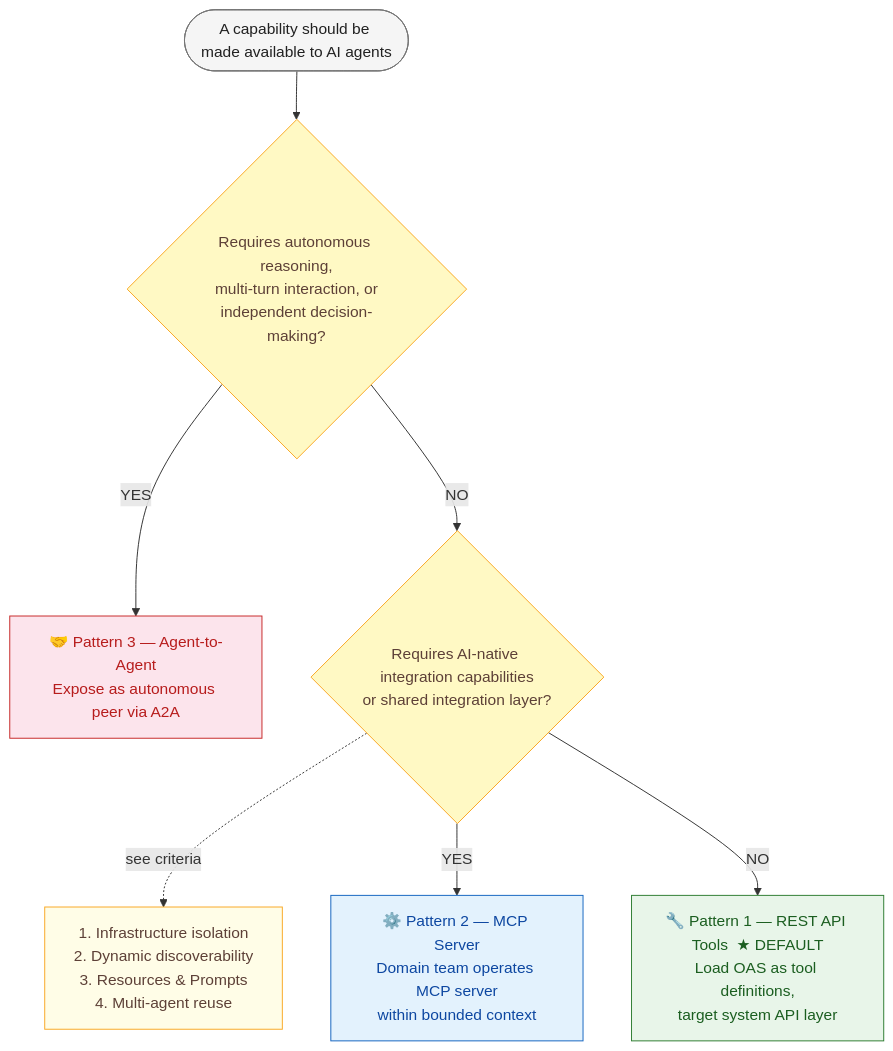
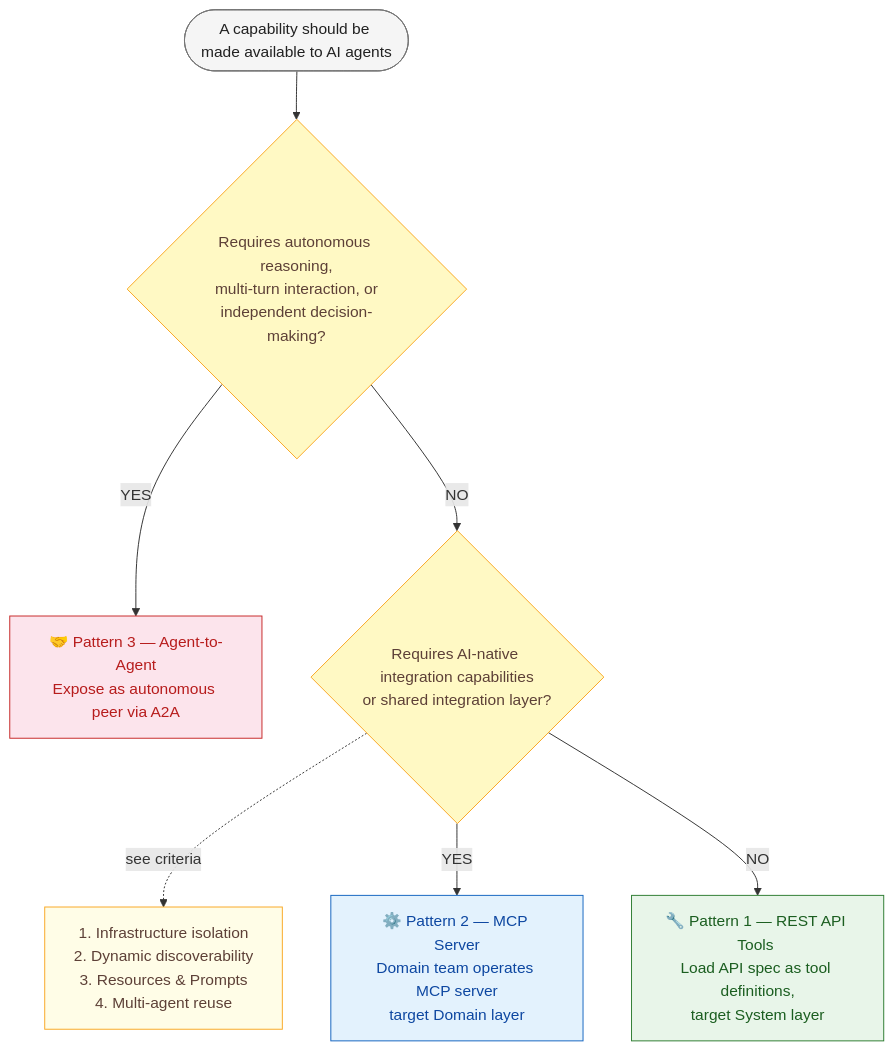
The first of 2 diagrams in agentic_integration_decision_framework.md (davbol/mcp-tests), drawn with Mermaid before and after one commit. The commit also changed other lines of this file, not shown here.

````diff
--- a/agentic_integration_decision_framework.md
+++ b/agentic_integration_decision_framework.md
@@ -211,29 +209,29 @@
 ```mermaid
 flowchart TD
     START(["A capability should be made available to AI agents"]) --> Q1
 
     Q1{"Requires autonomous reasoning,<br/>multi-turn interaction, or<br/>independent decision-making?"}
 
     Q1 -->|YES| P3
     Q1 -->|NO| Q2
 
     Q2{"Requires AI-native integration capabilities<br/>or shared integration layer?"}
     Q2_NOTE["1. Infrastructure isolation<br/>2. Dynamic discoverability<br/>3. Resources & Prompts<br/>4. Multi-agent reuse"]
 
     Q2 -.->|"see criteria"| Q2_NOTE
 
     Q2 -->|YES| P2
     Q2 -->|NO| P1
 
     P3["🤝 Pattern 3 — Agent-to-Agent<br/>Expose as autonomous peer via A2A"]
-    P2["⚙️ Pattern 2 — MCP Server<br/>Domain team operates MCP server<br/>within bounded context"]
-    P1["🔧 Pattern 1 — REST API Tools  ★ DEFAULT<br/>Load OAS as tool definitions,<br/>target system API layer"]
+    P2["⚙️ Pattern 2 — MCP Server<br/>Domain team operates MCP server<br/>target Domain layer"]
+    P1["🔧 Pattern 1 — REST API Tools <br/>Load API spec as tool definitions,<br/>target System layer"]
 
     style P1 fill:#e8f5e9,stroke:#2e7d32,color:#1b5e20
     style P2 fill:#e3f2fd,stroke:#1565c0,color:#0d47a1
     style P3 fill:#fce4ec,stroke:#c62828,color:#b71c1c
     style Q1 fill:#fff9c4,stroke:#f9a825,color:#5d4037
     style Q2 fill:#fff9c4,stroke:#f9a825,color:#5d4037
     style Q2_NOTE fill:#fffde7,stroke:#f9a825,color:#5d4037
     style START fill:#f5f5f5,stroke:#757575,color:#212121
 ```
````
